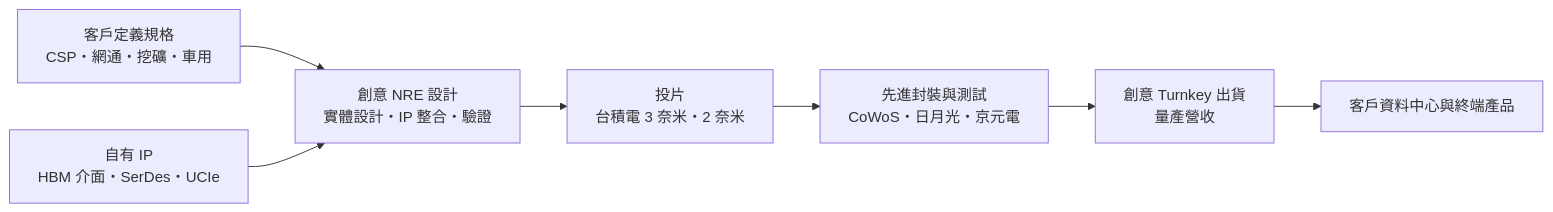
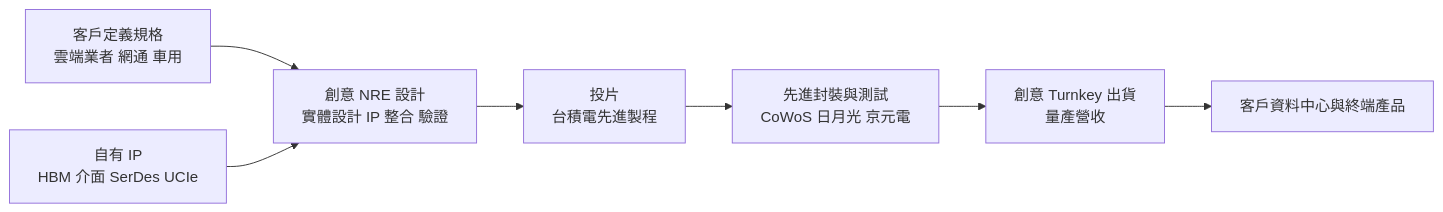
The second of 4 diagrams in 個股/台股/3443創意.md (wangnick1004/taiwan-stock-vault), drawn with Mermaid before and after one commit. The commit also changed other lines of this file and 6 other files, not shown here.

````diff
--- a/個股/台股/3443創意.md
+++ b/個股/台股/3443創意.md
@@ -74,9 +74,9 @@
 ```mermaid
 flowchart LR
-    A[客戶定義規格<br/>CSP・網通・挖礦・車用] --> B[創意 NRE 設計<br/>實體設計・IP 整合・驗證]
-    B --> C[投片<br/>台積電 3 奈米・2 奈米]
-    C --> D[先進封裝與測試<br/>CoWoS・日月光・京元電]
-    D --> E[創意 Turnkey 出貨<br/>量產營收]
+    A["客戶定義規格<br/>雲端業者 網通 車用"] --> B["創意 NRE 設計<br/>實體設計 IP 整合 驗證"]
+    B --> C["投片<br/>台積電先進製程"]
+    C --> D["先進封裝與測試<br/>CoWoS 日月光 京元電"]
+    D --> E["創意 Turnkey 出貨<br/>量產營收"]
     E --> F[客戶資料中心與終端產品]
-    G[自有 IP<br/>HBM 介面・SerDes・UCIe] --> B
+    G["自有 IP<br/>HBM 介面 SerDes UCIe"] --> B
 ```
````
